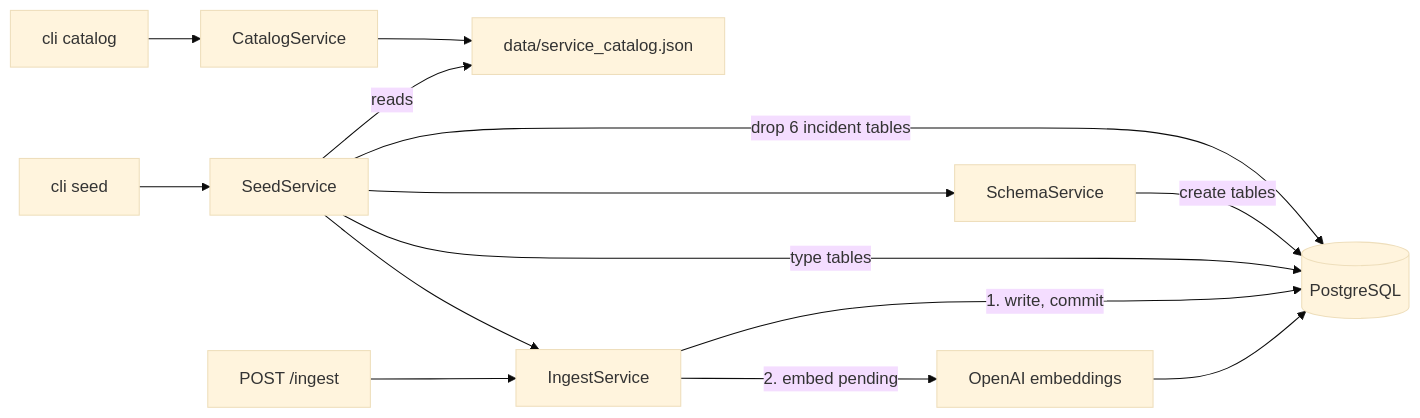
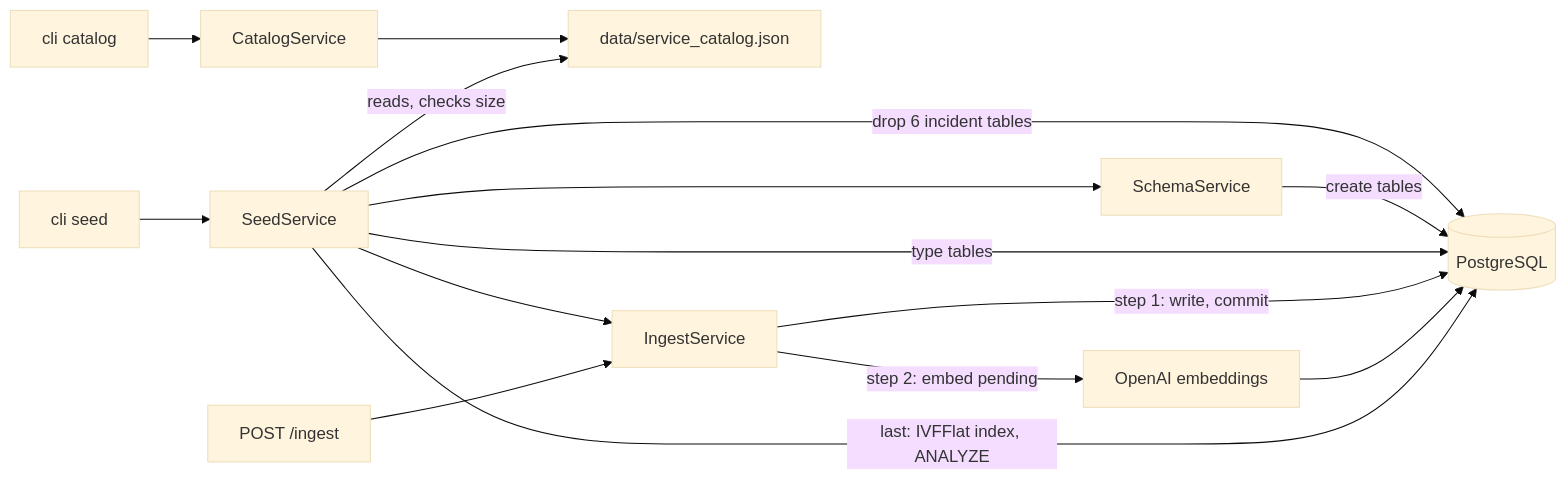
The third of 8 diagrams in .kiro/specs/incident-triage-api/design.md (gustavomoises/dayforce), drawn with Mermaid (base theme) before and after one commit. The commit also changed other lines of this file and 25 other files, not shown here.

Commit message:
task 8: README, PROMPTS, AI-NOTES, TRADEOFFS, live tests, Postman, synced architecture docs; remove pre-task leftovers

````diff
--- a/.kiro/specs/incident-triage-api/design.md
+++ b/.kiro/specs/incident-triage-api/design.md
@@ -73,13 +87,14 @@
 ```mermaid
 flowchart LR
-    CC[cli catalog] --> CAT[CatalogService] --> F[data/service_catalog.json]
-    CS[cli seed] --> SEED[SeedService]
-    SEED -->|drop 6 incident tables| PG[(PostgreSQL)]
-    SEED --> SCH[SchemaService] -->|create tables| PG
-    SEED -->|type tables| PG
-    SEED -->|reads| F
+    CC["cli catalog"] --> CAT[CatalogService] --> F["data/service_catalog.json"]
+    CS["cli seed"] --> SEED[SeedService]
+    SEED -->|"reads, checks size"| F
+    SEED -->|"drop 6 incident tables"| PG[("PostgreSQL")]
+    SEED --> SCH[SchemaService] -->|"create tables"| PG
+    SEED -->|"type tables"| PG
     SEED --> ING[IngestService]
-    API[POST /ingest] --> ING
-    ING -->|1. write, commit| PG
-    ING -->|2. embed pending| OAI[OpenAI embeddings] --> PG
+    API["POST /ingest"] --> ING
+    ING -->|"step 1: write, commit"| PG
+    ING -->|"step 2: embed pending"| OAI["OpenAI embeddings"] --> PG
+    SEED -->|"last: IVFFlat index, ANALYZE"| PG
 ```
````
